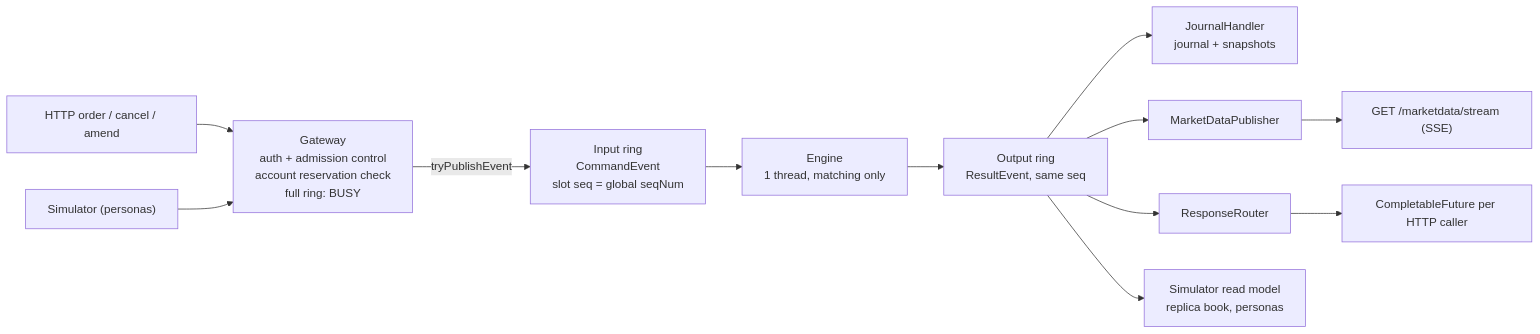
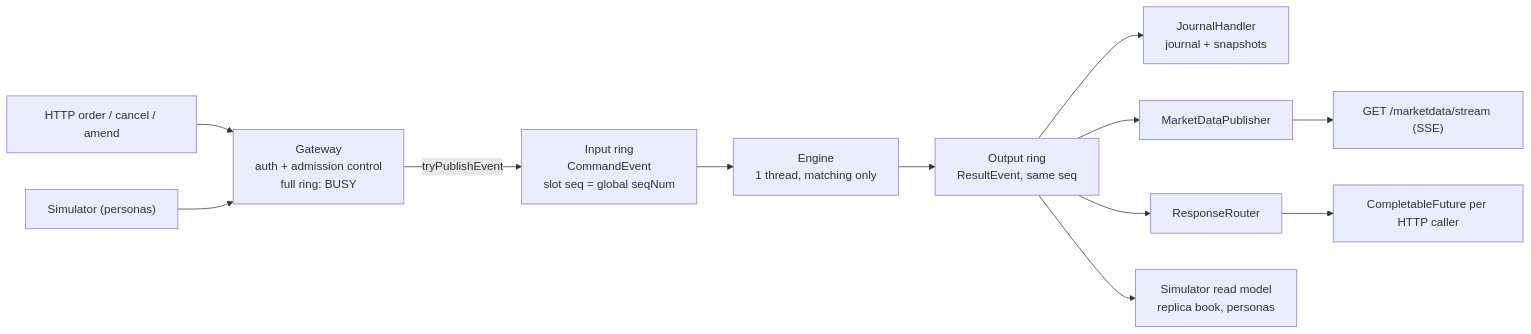
One commit to arthuryan-k/devin-demo changed the second of 5 diagrams in ARCHITECTURE.md. Above: the diagram before and after it, drawn with Mermaid. The commit also changed other lines of this file and 50 other files, not shown here.

First line of the commit message:
Portfolio + synchronous pre-trade risk services; remove in-process AccountCheck (#17)

````diff
--- a/ARCHITECTURE.md
+++ b/ARCHITECTURE.md
@@ -102,14 +102,14 @@
 ```mermaid
 flowchart LR
     HTTP["HTTP order / cancel / amend"] --> GW
     SIM["Simulator (personas)"] --> GW
-    GW["Gateway<br/>auth + admission control<br/>account reservation check<br/>full ring: BUSY"] -- "tryPublishEvent" --> IN
+    GW["Gateway<br/>auth + admission control<br/>full ring: BUSY"] -- "tryPublishEvent" --> IN
     IN["Input ring<br/>CommandEvent<br/>slot seq = global seqNum"] --> ENG
     ENG["Engine<br/>1 thread, matching only"] --> OUT
     OUT["Output ring<br/>ResultEvent, same seq"] --> J["JournalHandler<br/>journal + snapshots"]
     OUT --> MD["MarketDataPublisher"]
     MD --> SSE["GET /marketdata/stream (SSE)"]
     OUT --> RR["ResponseRouter"]
     RR --> CF["CompletableFuture per HTTP caller"]
     OUT --> RM["Simulator read model<br/>replica book, personas"]
 ```
````
